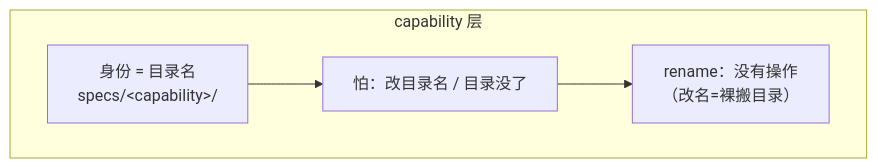
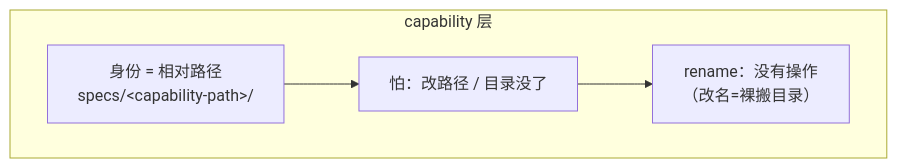
One commit to ethan-jiang-3/OpenSpec changed the first of 2 diagrams in _openspec_handbook/09-高级-能力身份与specs漂移维护.md. Above: the diagram before and after it, drawn with Mermaid. The commit also changed other lines of this file and 16 other files, not shown here.

````diff
--- a/_openspec_handbook/09-高级-能力身份与specs漂移维护.md
+++ b/_openspec_handbook/09-高级-能力身份与specs漂移维护.md
@@ -83,7 +85,7 @@
 ```mermaid
 graph TD
     subgraph capability["capability 层"]
-    C[身份 = 目录名<br/>specs/&lt;capability&gt;/] --> C1[怕：改目录名 / 目录没了]
+    C[身份 = 相对路径<br/>specs/&lt;capability-path&gt;/] --> C1[怕：改路径 / 目录没了]
     C1 --> C2["rename：没有操作<br/>（改名=裸搬目录）"]
     end
 ```
````
